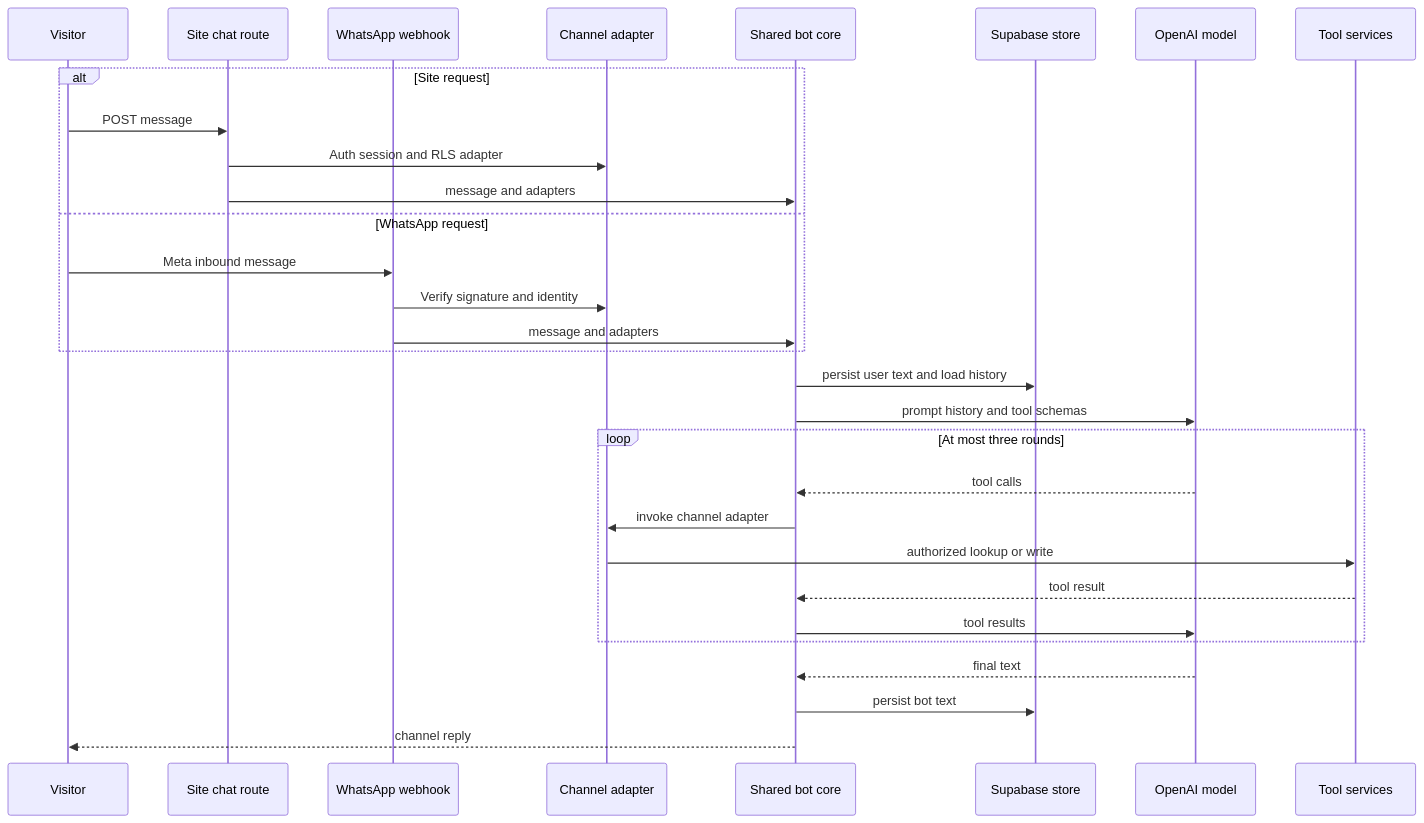
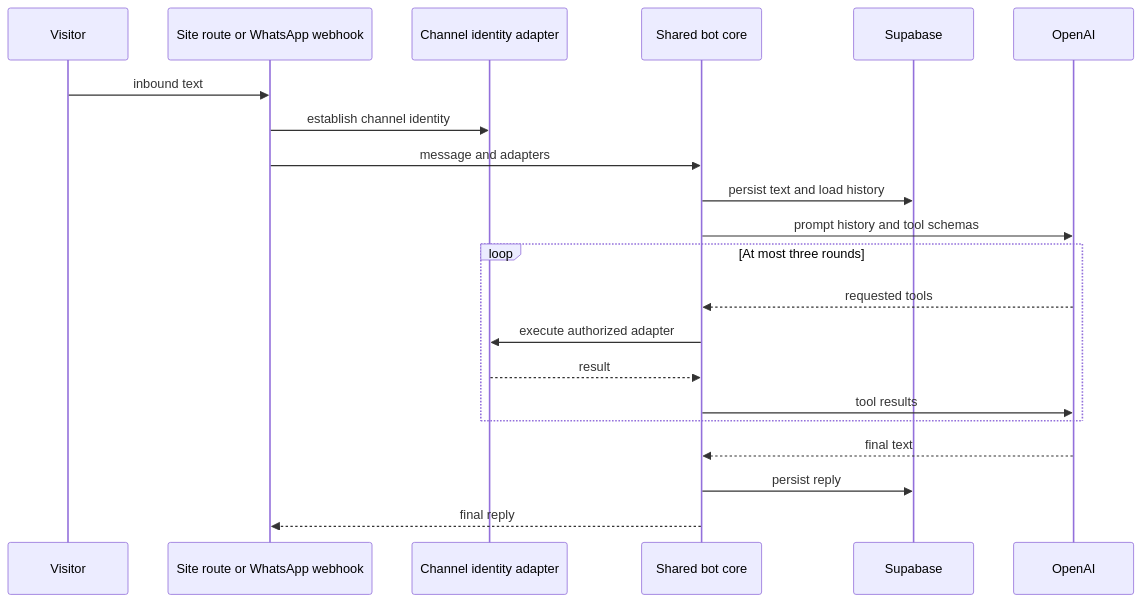
Before and after one commit to Schneider-Gr/industria24hIA: the first of 2 diagrams in openwiki/integrations/ai-assistance-and-customer-channels.md, drawn with Mermaid. The commit also changed other lines of this file and 32 other files, not shown here.

````diff
--- a/openwiki/integrations/ai-assistance-and-customer-channels.md
+++ b/openwiki/integrations/ai-assistance-and-customer-channels.md
@@ -89,33 +98,24 @@
 ```mermaid
 sequenceDiagram
     participant Visitor
-    participant Site as Site chat route
-    participant Whats as WhatsApp webhook
-    participant Guard as Channel adapter
+    participant Route as Site route or WhatsApp webhook
+    participant Guard as Channel identity adapter
     participant Core as Shared bot core
-    participant Store as Supabase store
-    participant Model as OpenAI model
-    participant Services as Tool services
+    participant Store as Supabase
+    participant Model as OpenAI
 
-    alt Site request
-        Visitor->>Site: POST message
-        Site->>Guard: Auth session and RLS adapter
-        Site->>Core: message and adapters
-    else WhatsApp request
-        Visitor->>Whats: Meta inbound message
-        Whats->>Guard: Verify signature and identity
-        Whats->>Core: message and adapters
-    end
-    Core->>Store: persist user text and load history
+    Visitor->>Route: inbound text
+    Route->>Guard: establish channel identity
+    Route->>Core: message and adapters
+    Core->>Store: persist text and load history
     Core->>Model: prompt history and tool schemas
     loop At most three rounds
-        Model-->>Core: tool calls
-        Core->>Guard: invoke channel adapter
-        Guard->>Services: authorized lookup or write
-        Services-->>Core: tool result
+        Model-->>Core: requested tools
+        Core->>Guard: execute authorized adapter
+        Guard-->>Core: result
         Core->>Model: tool results
     end
     Model-->>Core: final text
-    Core->>Store: persist bot text
-    Core-->>Visitor: channel reply
+    Core->>Store: persist reply
+    Core-->>Route: final reply
 ```
````
